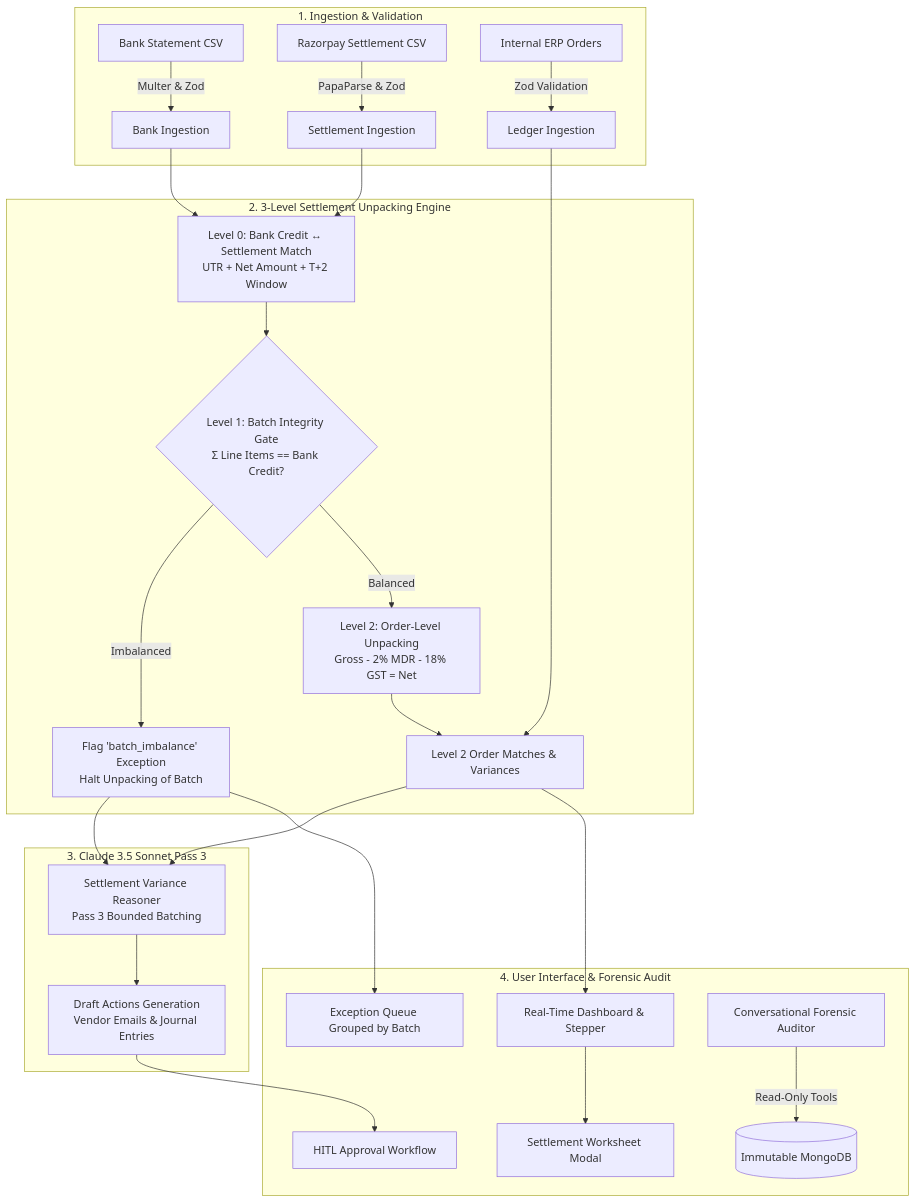
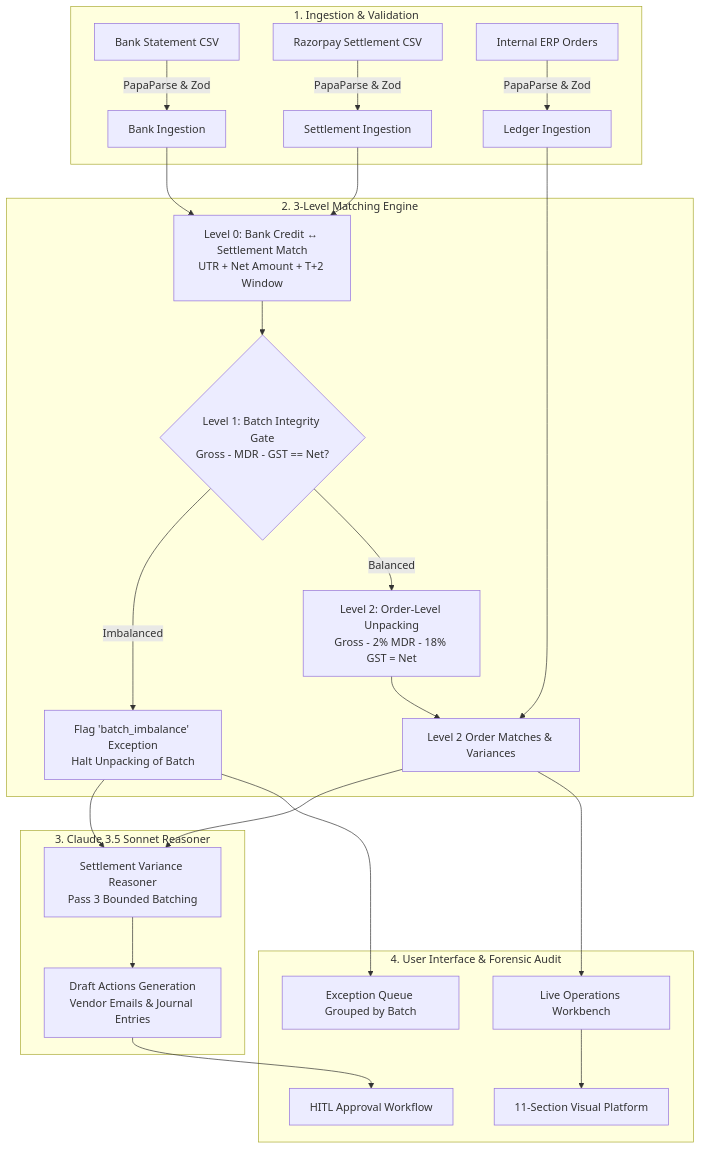
Before and after one commit to Karan174Pareek/Reconcile-AI: the diagram in README.md, drawn with Mermaid. The commit also changed other lines of this file and 1 other file, not shown here.

````diff
--- a/README.md
+++ b/README.md
@@ -27,29 +31,28 @@
 ```mermaid
 flowchart TD
     subgraph INGESTION ["1. Ingestion & Validation"]
-        A[Bank Statement CSV] -->|Multer & Zod| V1[Bank Ingestion]
+        A[Bank Statement CSV] -->|PapaParse & Zod| V1[Bank Ingestion]
         B[Razorpay Settlement CSV] -->|PapaParse & Zod| V2[Settlement Ingestion]
-        C[Internal ERP Orders] -->|Zod Validation| V3[Ledger Ingestion]
+        C[Internal ERP Orders] -->|PapaParse & Zod| V3[Ledger Ingestion]
     end
 
-    subgraph ENGINE ["2. 3-Level Settlement Unpacking Engine"]
+    subgraph ENGINE ["2. 3-Level Matching Engine"]
         V1 & V2 --> L0[Level 0: Bank Credit ↔ Settlement Match<br/>UTR + Net Amount + T+2 Window]
-        L0 --> L1{Level 1: Batch Integrity Gate<br/>Σ Line Items == Bank Credit?}
+        L0 --> L1{Level 1: Batch Integrity Gate<br/>Gross - MDR - GST == Net?}
         L1 -->|Imbalanced| EX1[Flag 'batch_imbalance' Exception<br/>Halt Unpacking of Batch]
         L1 -->|Balanced| L2[Level 2: Order-Level Unpacking<br/>Gross - 2% MDR - 18% GST = Net]
         L2 & V3 --> MAT[Level 2 Order Matches & Variances]
     end
 
-    subgraph REASONING ["3. Claude 3.5 Sonnet Pass 3"]
+    subgraph REASONING ["3. Claude 3.5 Sonnet Reasoner"]
         MAT & EX1 --> P3[Settlement Variance Reasoner<br/>Pass 3 Bounded Batching]
         P3 --> HITL[Draft Actions Generation<br/>Vendor Emails & Journal Entries]
     end
 
     subgraph INTERFACE ["4. User Interface & Forensic Audit"]
-        MAT --> DASH[Real-Time Dashboard & Stepper]
+        MAT --> DASH[Live Operations Workbench]
         EX1 --> EXQ[Exception Queue Grouped by Batch]
         HITL --> DRAFT[HITL Approval Workflow]
-        DASH --> MODAL[Settlement Worksheet Modal]
-        AGENT[Conversational Forensic Auditor] -->|Read-Only Tools| DB[(Immutable MongoDB)]
+        DASH --> MAP[11-Section Visual Platform]
     end
 ```
````
